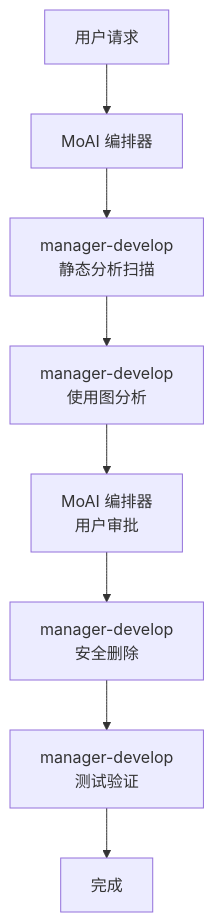
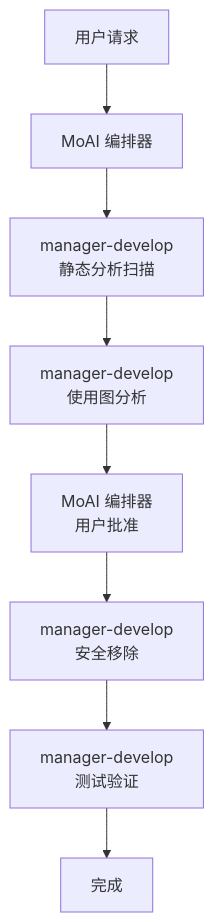
Before and after one commit to modu-ai/moai-adk: the second of 2 diagrams in docs-site/content/zh/utility-commands/moai-clean.md, drawn with Mermaid. The commit also changed other lines of this file and 395 other files, not shown here.

````diff
--- a/docs-site/content/zh/utility-commands/moai-clean.md
+++ b/docs-site/content/zh/utility-commands/moai-clean.md
@@ -140,10 +173,10 @@
 ```mermaid
 flowchart TD
     User["用户请求"] --> MoAI["MoAI 编排器"]
     MoAI --> Refactor1["manager-develop<br/>静态分析扫描"]
     Refactor1 --> Refactor2["manager-develop<br/>使用图分析"]
-    Refactor2 --> MoAI2["MoAI 编排器<br/>用户审批"]
-    MoAI2 --> Refactor3["manager-develop<br/>安全删除"]
+    Refactor2 --> MoAI2["MoAI 编排器<br/>用户批准"]
+    MoAI2 --> Refactor3["manager-develop<br/>安全移除"]
     Refactor3 --> Testing["manager-develop<br/>测试验证"]
     Testing --> Complete["完成"]
 ```
````
